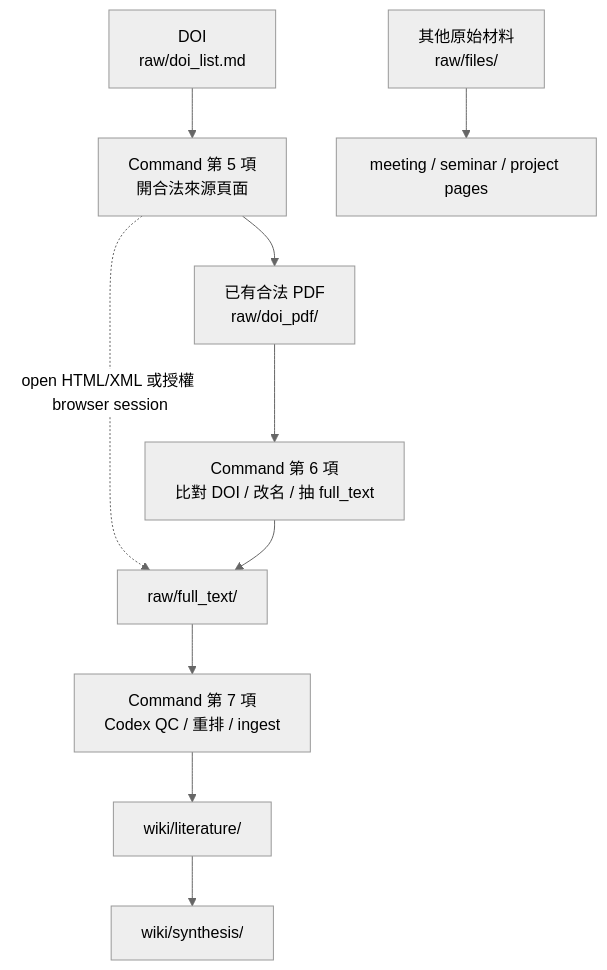
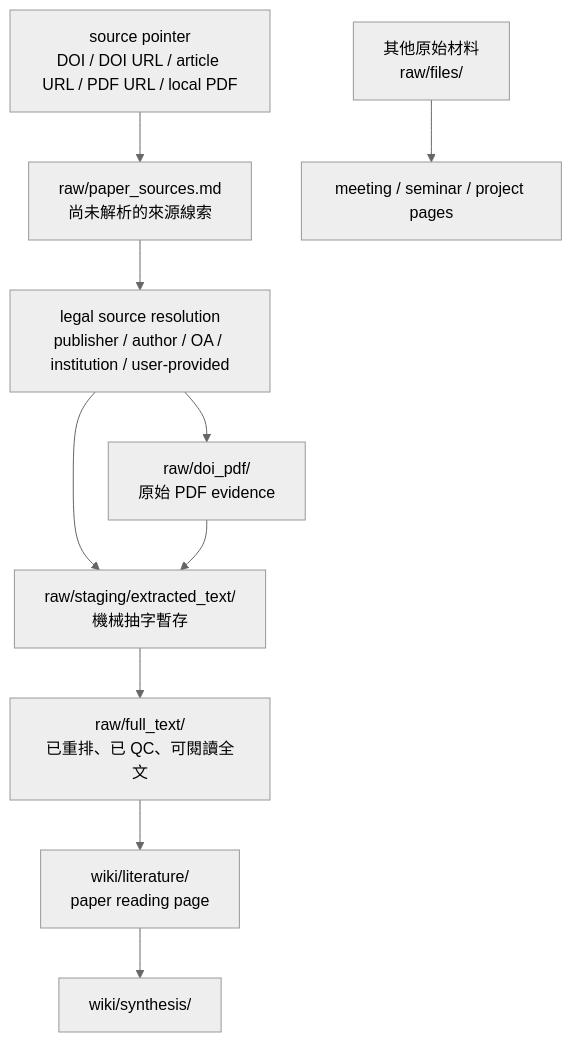
One commit to ChenHau-Lan/ResearchWiki changed the first of 2 diagrams in README.zh-TW.md. Above: the diagram before and after it, drawn with Mermaid (neutral theme). The commit also changed other lines of this file and 25 other files, not shown here.

Commit message:
Implement source-first full text intake

````diff
--- a/README.zh-TW.md
+++ b/README.zh-TW.md
@@ -24,13 +24,12 @@
 ```mermaid
 flowchart TD
-    DOI["DOI<br/>raw/doi_list.md"] --> OPEN["Command 第 5 項<br/>開合法來源頁面"]
-    PDF["已有合法 PDF<br/>raw/doi_pdf/"] --> IMPORT["Command 第 6 項<br/>比對 DOI / 改名 / 抽 full_text"]
+    SOURCE["source pointer<br/>DOI / DOI URL / article URL / PDF URL / local PDF"] --> QUEUE["raw/paper_sources.md<br/>尚未解析的來源線索"]
+    QUEUE --> RESOLVE["legal source resolution<br/>publisher / author / OA / institution / user-provided"]
+    RESOLVE --> PDF["raw/doi_pdf/<br/>原始 PDF evidence"]
+    RESOLVE --> STAGE["raw/staging/extracted_text/<br/>機械抽字暫存"]
+    PDF --> STAGE
+    STAGE --> FT["raw/full_text/<br/>已重排、已 QC、可閱讀全文"]
+    FT --> LIT["wiki/literature/<br/>paper reading page"]
+    LIT --> SYN["wiki/synthesis/"]
     OTHER["其他原始材料<br/>raw/files/"] --> WIKI2["meeting / seminar / project pages"]
-
-    OPEN --> PDF
-    OPEN -. "open HTML/XML 或授權 browser session" .-> FT["raw/full_text/"]
-    IMPORT --> FT
-    FT --> QC["Command 第 7 項<br/>Codex QC / 重排 / ingest"]
-    QC --> LIT["wiki/literature/"]
-    LIT --> SYN["wiki/synthesis/"]
 ```
````
